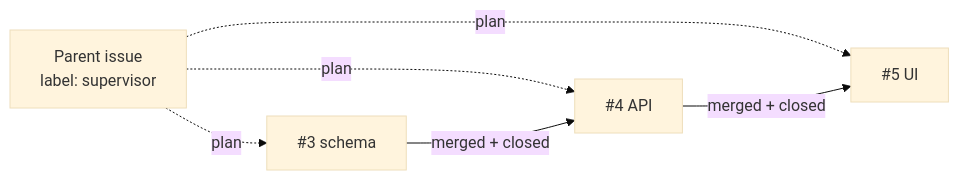
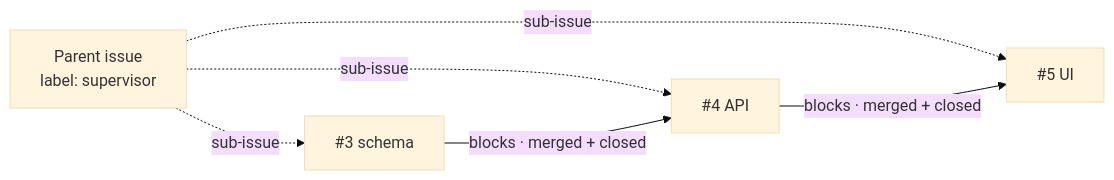
One commit to actuallyKasi/changathi changed the third of 3 diagrams in README.md. Above: the diagram before and after it, drawn with Mermaid (base theme). The commit also changed other lines of this file and 15 other files, not shown here.

First line of the commit message:
Read supervisor plans from sub-issues; make closure the only approval

````diff
--- a/README.md
+++ b/README.md
@@ -210,8 +210,8 @@
 ```mermaid
 flowchart LR
-    p["Parent issue<br/>label: supervisor"] -.plan.-> c1["#3 schema"]
-    p -.plan.-> c2["#4 API"]
-    p -.plan.-> c3["#5 UI"]
-    c1 -- "merged + closed" --> c2
-    c2 -- "merged + closed" --> c3
+    p["Parent issue<br/>label: supervisor"] -.sub-issue.-> c1["#3 schema"]
+    p -.sub-issue.-> c2["#4 API"]
+    p -.sub-issue.-> c3["#5 UI"]
+    c1 -- "blocks · merged + closed" --> c2
+    c2 -- "blocks · merged + closed" --> c3
 ```
````
